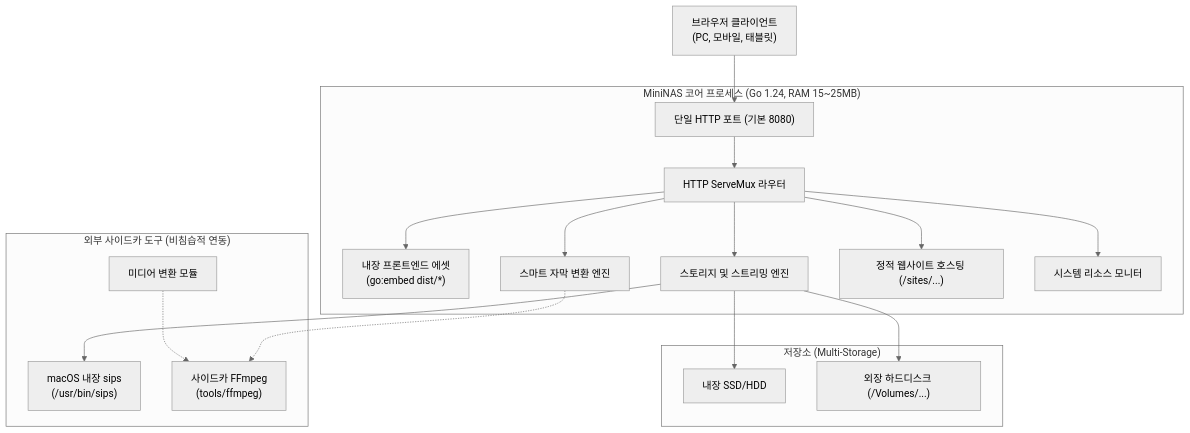
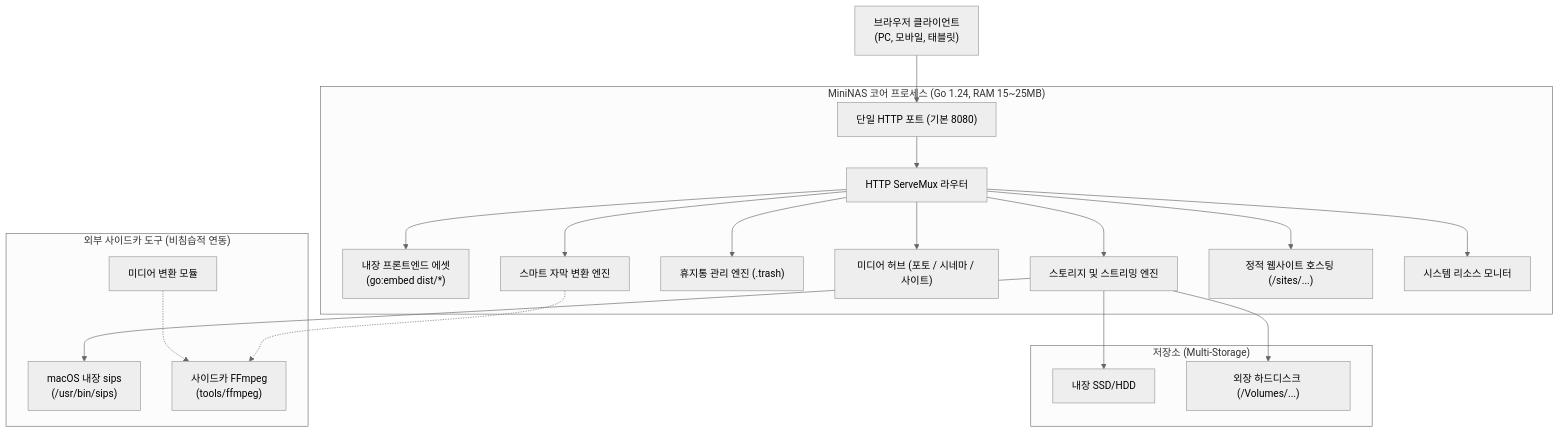
Before and after one commit to choonsik/mininas: the diagram in SPEC.md, drawn with Mermaid (neutral theme). The commit also changed other lines of this file and 6 other files, not shown here.

````diff
--- a/SPEC.md
+++ b/SPEC.md
@@ -24,24 +25,26 @@
 ```mermaid
 graph TD
     Client["브라우저 클라이언트<br/>(PC, 모바일, 태블릿)"] --> HTTP["단일 HTTP 포트 (기본 8080)"]
 
     subgraph "MiniNAS 코어 프로세스 (Go 1.24, RAM 15~25MB)"
         HTTP --> Mux["HTTP ServeMux 라우터"]
         Mux --> StaticFS["내장 프론트엔드 에셋<br/>(go:embed dist/*)"]
         Mux --> StorageEngine["스토리지 및 스트리밍 엔진"]
+        Mux --> TrashEngine["휴지통 관리 엔진 (.trash)"]
+        Mux --> MediaHubs["미디어 허브 (포토 / 시네마 / 사이트)"]
         Mux --> SubtitleEngine["스마트 자막 변환 엔진"]
         Mux --> HostingEngine["정적 웹사이트 호스팅 (/sites/...)"]
         Mux --> SysMonitor["시스템 리소스 모니터"]
     end
 
     subgraph "외부 사이드카 도구 (비침습적 연동)"
         StorageEngine --> NativeSips["macOS 내장 sips<br/>(/usr/bin/sips)"]
         SubtitleEngine -.-> SidecarFFmpeg["사이드카 FFmpeg<br/>(tools/ffmpeg)"]
         Converter["미디어 변환 모듈"] -.-> SidecarFFmpeg
     end
 
     subgraph "저장소 (Multi-Storage)"
         StorageEngine --> LocalDisk["내장 SSD/HDD"]
         StorageEngine --> ExternalHDD["외장 하드디스크 (/Volumes/...)"]
     end
 ```
````
